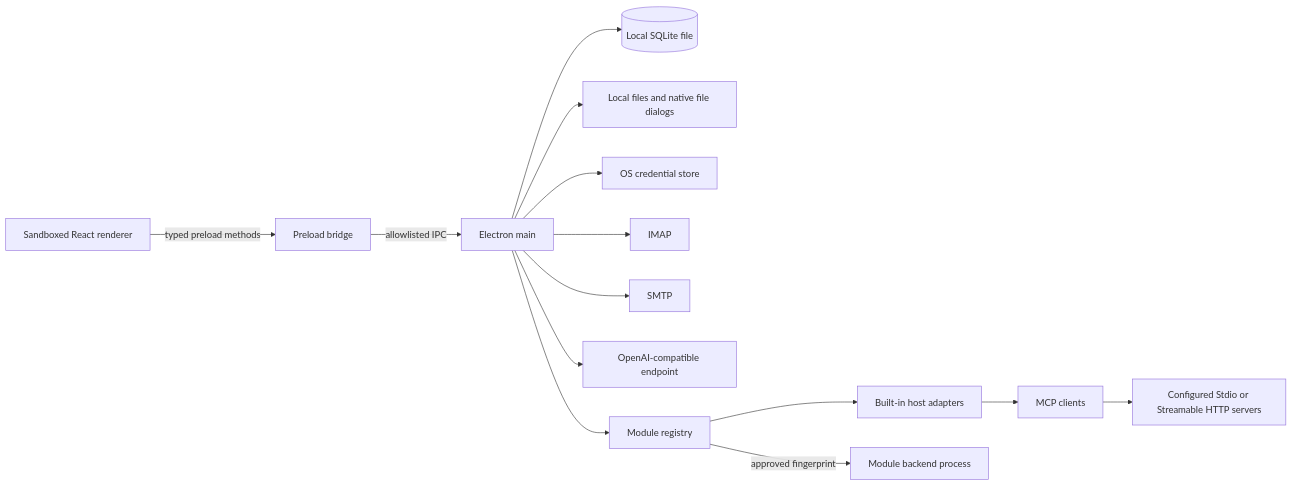
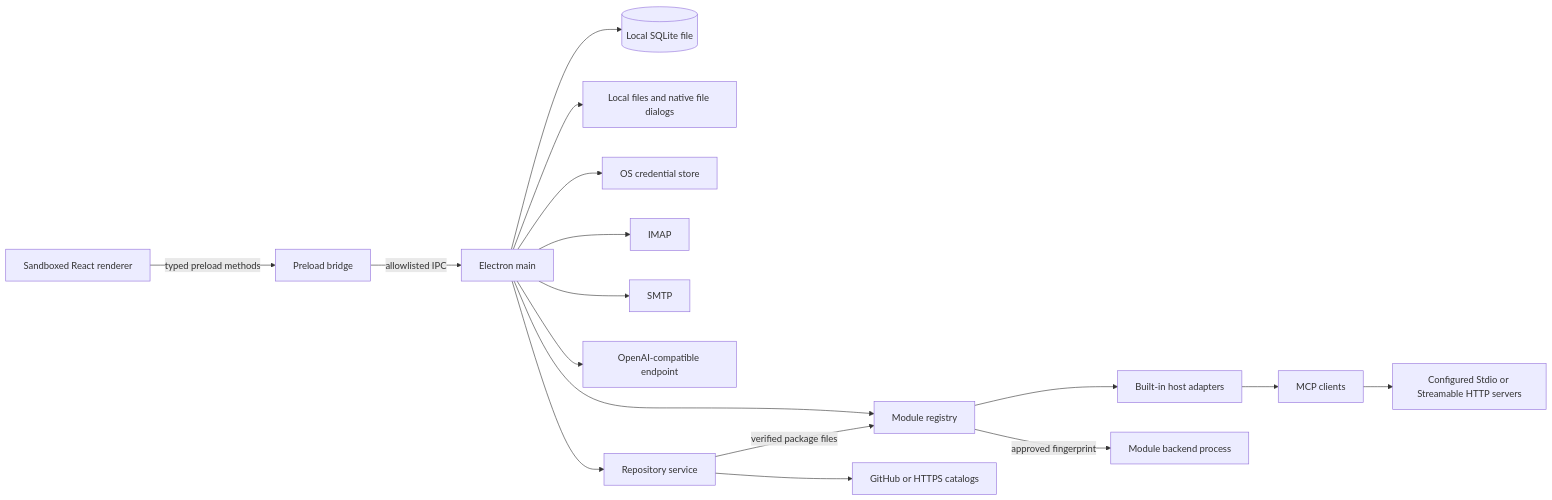
Before and after one commit to Tiboriuss/OpenVibeDesk: the diagram in docs/architecture.md, drawn with Mermaid. The commit also changed other lines of this file and 8 other files, not shown here.

````diff
--- a/docs/architecture.md
+++ b/docs/architecture.md
@@ -9,16 +9,19 @@
 ```mermaid
 flowchart LR
   R[Sandboxed React renderer] -->|typed preload methods| P[Preload bridge]
   P -->|allowlisted IPC| M[Electron main]
   M --> D[(Local SQLite file)]
   M --> F[Local files and native file dialogs]
   M --> K[OS credential store]
   M --> I[IMAP]
   M --> O[SMTP]
   M --> L[OpenAI-compatible endpoint]
   M --> MR[Module registry]
+  M --> RS[Repository service]
+  RS --> RC[GitHub or HTTPS catalogs]
+  RS -->|verified package files| MR
   MR --> BM[Built-in host adapters]
   MR -->|approved fingerprint| UM[Module backend process]
   BM --> C[MCP clients]
   C --> S[Configured Stdio or Streamable HTTP servers]
 ```
````
